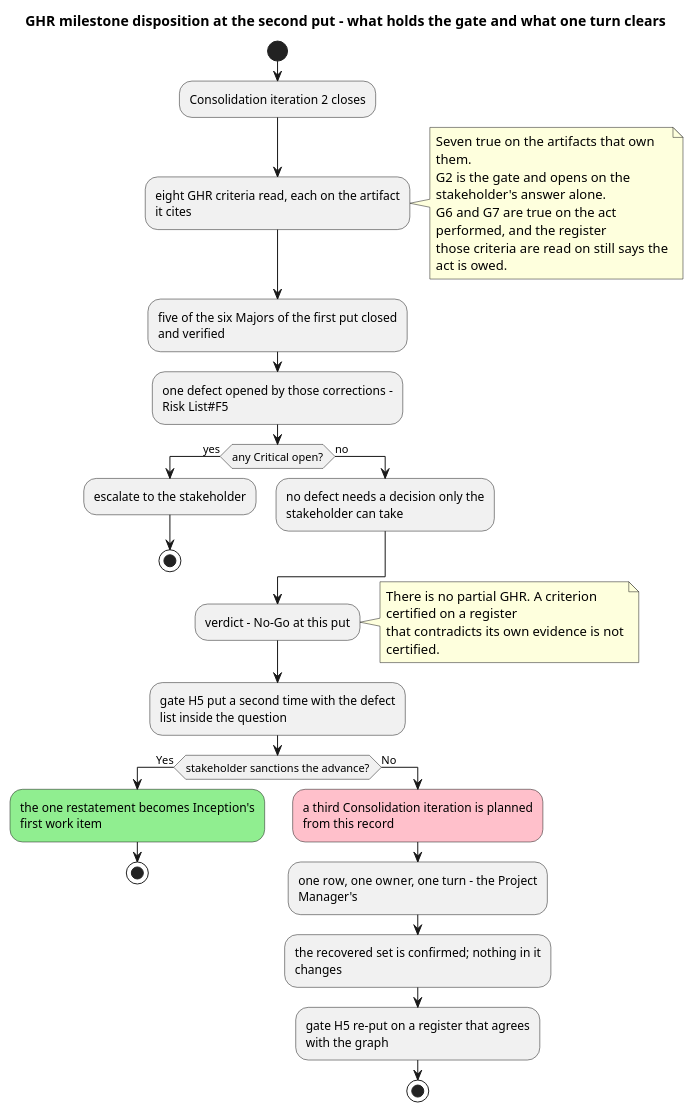
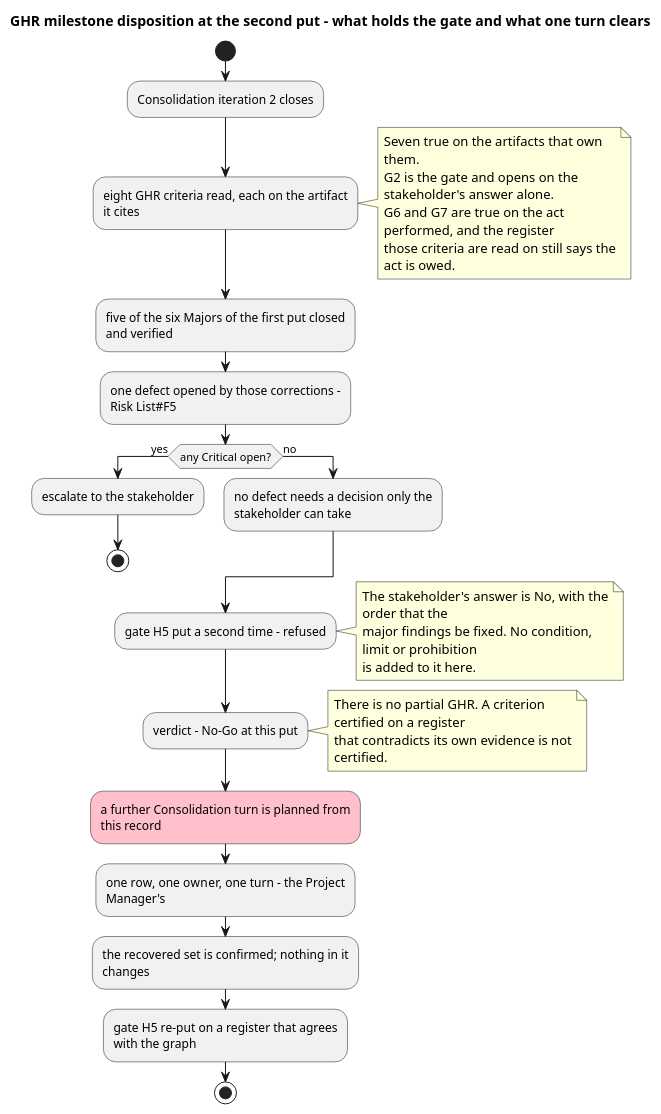
One commit to banense-test/TodoApp changed diagram 14 of 15 in docs/artifacts/project-management/review-record.md. Above: the diagram before and after it, drawn with PlantUML. The commit also changed other lines of this file, not shown here.

Commit message:
Management Reviewer [Consolidation2]: upsert Review Record
[skip ci]

````diff
--- a/docs/artifacts/project-management/review-record.md
+++ b/docs/artifacts/project-management/review-record.md
@@ -1147,45 +1151,46 @@
 ```plantuml
 @startuml
 title GHR milestone disposition at the second put - what holds the gate and what one turn clears
 skinparam shadowing false
 skinparam wrapWidth 250
 
 start
 :Consolidation iteration 2 closes;
 :eight GHR criteria read, each on the artifact it cites;
 note right
   Seven true on the artifacts that own them.
   G2 is the gate and opens on the stakeholder's answer alone.
   G6 and G7 are true on the act performed, and the register
   those criteria are read on still says the act is owed.
 end note
 
 :five of the six Majors of the first put closed and verified;
 :one defect opened by those corrections - Risk List#F5;
 
 if (any Critical open?) then (yes)
   :escalate to the stakeholder;
   stop
 else (no)
   :no defect needs a decision only the stakeholder can take;
 endif
 
+:gate H5 put a second time - refused;
+note right
+  The stakeholder's answer is No, with the order that the
+  major findings be fixed. No condition, limit or prohibition
+  is added to it here.
+end note
+
 :verdict - No-Go at this put;
 note right
   There is no partial GHR. A criterion certified on a register
   that contradicts its own evidence is not certified.
 end note
 
-:gate H5 put a second time with the defect list inside the question;
-if (stakeholder sanctions the advance?) then (Yes)
-  #lightgreen:the one restatement becomes Inception's first work item;
-  stop
-else (No)
-  #pink:a third Consolidation iteration is planned from this record;
-  :one row, one owner, one turn - the Project Manager's;
-  :the recovered set is confirmed; nothing in it changes;
-  :gate H5 re-put on a register that agrees with the graph;
-  stop
-endif
+#pink:a further Consolidation turn is planned from this record;
+:one row, one owner, one turn - the Project Manager's;
+:the recovered set is confirmed; nothing in it changes;
+:gate H5 re-put on a register that agrees with the graph;
+stop
 @enduml
 ```
````
